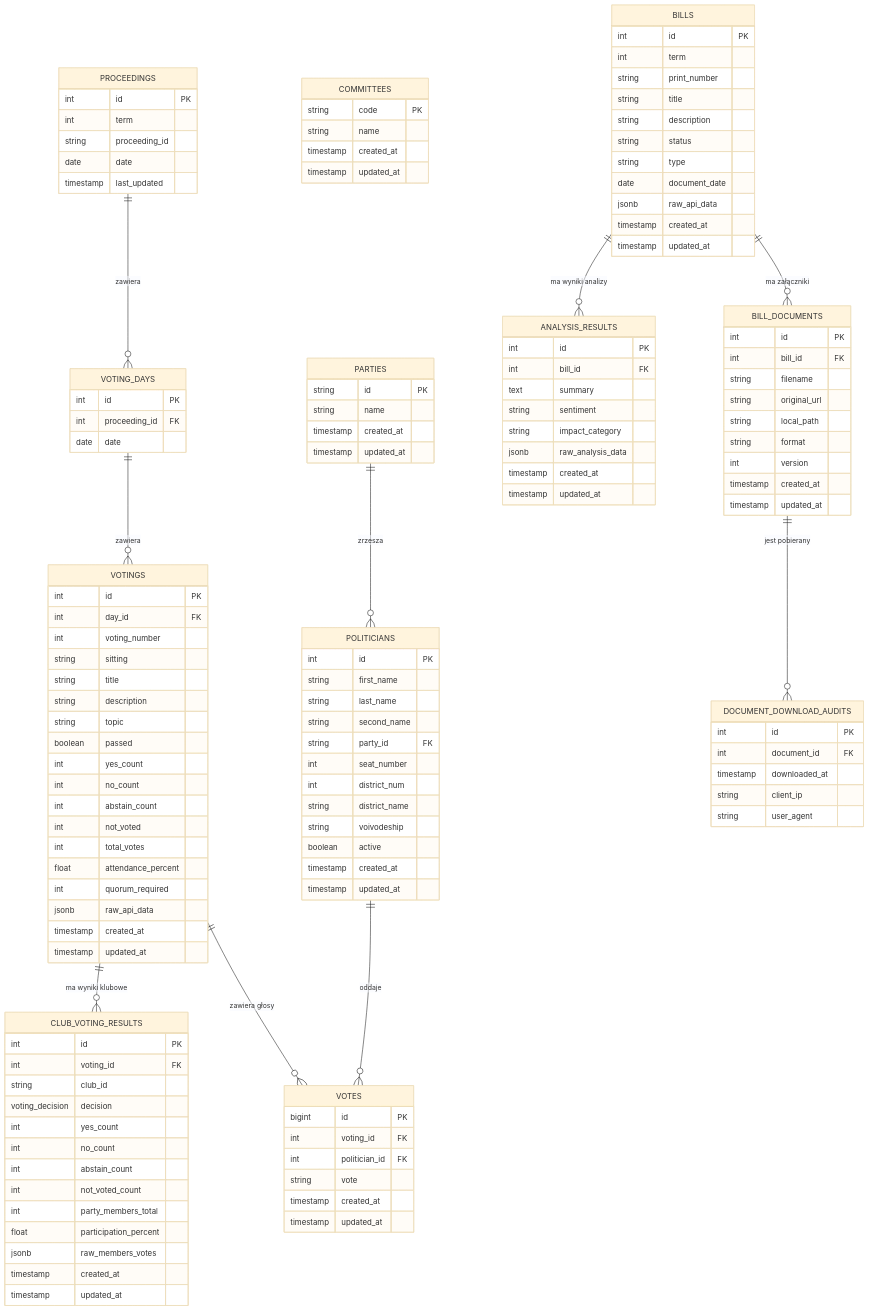
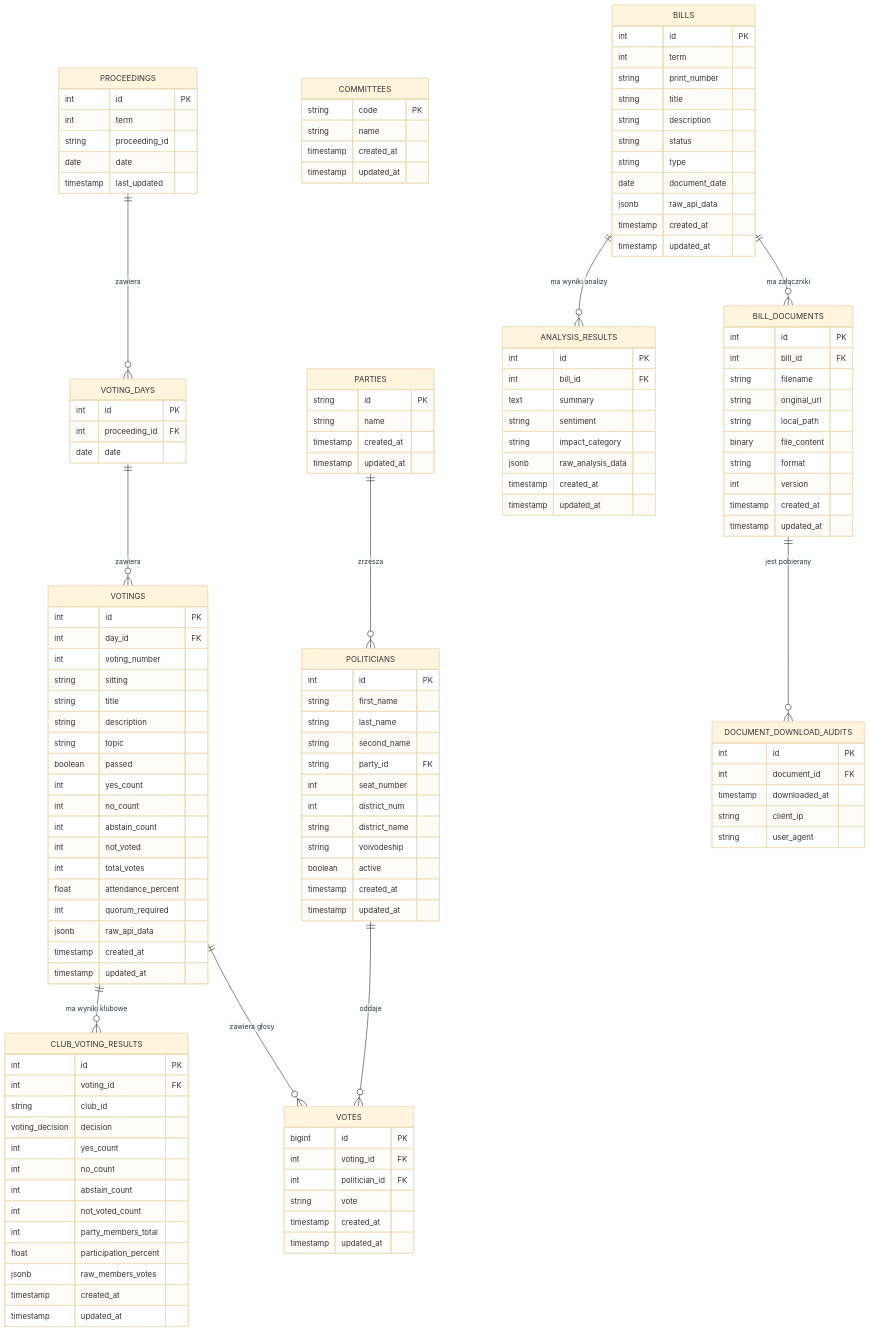
One commit to Szymon110903/CivicTechSejm changed the diagram in docs/database.md. Above: the diagram before and after it, drawn with Mermaid (base theme). The commit also changed other lines of this file and 1 other file, not shown here.

```diff
--- a/docs/database.md
+++ b/docs/database.md
@@ -129,6 +129,7 @@
         string filename
         string original_url
         string local_path
+        binary file_content
         string format
         int version
         timestamp created_at
```
